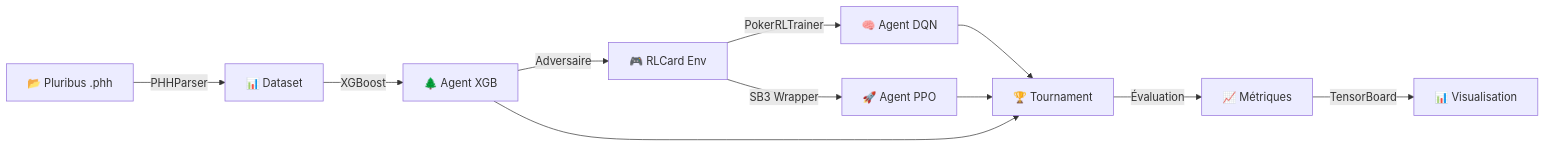
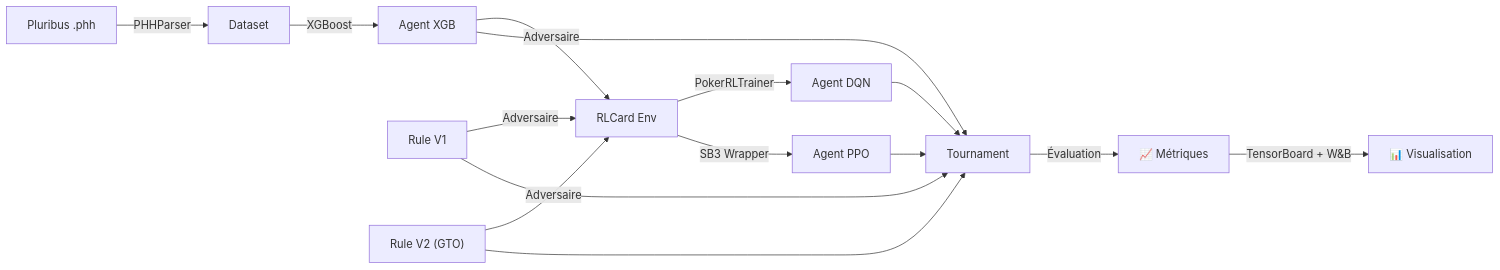
The diagram in README.md (KillianGUILLAUME/RL_phase2), drawn with Mermaid before and after one commit. The commit also changed other lines of this file and 34 other files, not shown here.

````diff
--- a/README.md
+++ b/README.md
@@ -429,17 +486,21 @@
 ```mermaid
 graph LR
-    A["📂 Pluribus .phh"] -->|PHHParser| B["📊 Dataset"]
-    B -->|XGBoost| C["🌲 Agent XGB"]
+    A["Pluribus .phh"] -->|PHHParser| B["Dataset"]
+    B -->|XGBoost| C["Agent XGB"]
     
-    D["🎮 RLCard Env"] -->|PokerRLTrainer| E["🧠 Agent DQN"]
-    D -->|SB3 Wrapper| F["🚀 Agent PPO"]
+    D["RLCard Env"] -->|PokerRLTrainer| E["Agent DQN"]
+    D -->|SB3 Wrapper| F["Agent PPO"]
     
     C -->|Adversaire| D
+    J["Rule V1"] -->|Adversaire| D
+    K["Rule V2 (GTO)"] -->|Adversaire| D
     
-    E --> G["🏆 Tournament"]
+    E --> G["Tournament"]
     F --> G
     C --> G
+    J --> G
+    K --> G
     
     G -->|Évaluation| H["📈 Métriques"]
-    H -->|TensorBoard| I["📊 Visualisation"]
+    H -->|TensorBoard + W&B| I["📊 Visualisation"]
 ```
````
